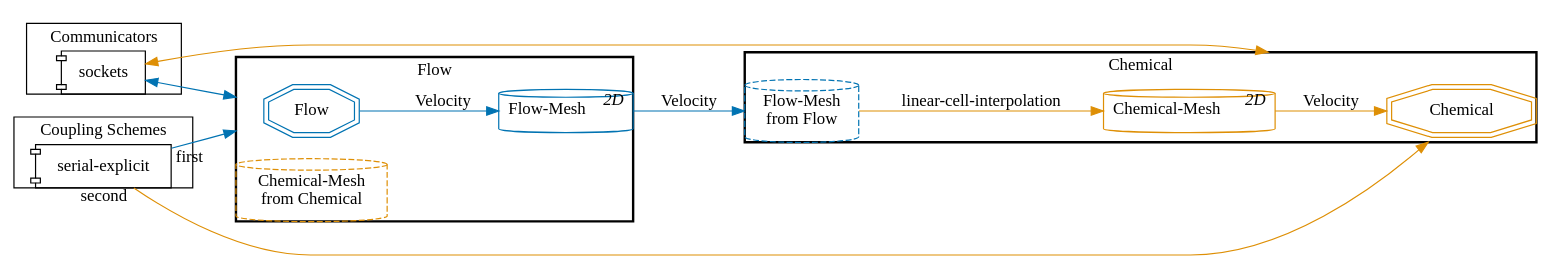
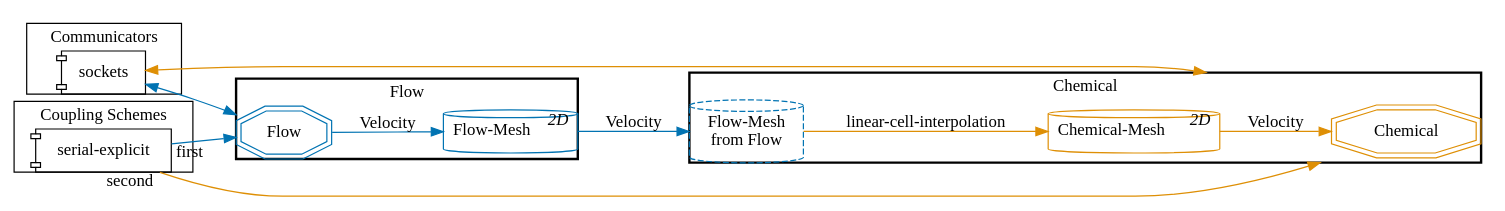
The diagram in channel-transport-reaction/images/tutorials-channel-transport-reaction-precice-config.dot (precice/tutorials), drawn with Graphviz before and after one commit. The commit also changed 2 other files, not shown here.

Commit message:
Remove unused mesh from channel-transport-reaction

```diff
--- a/channel-transport-reaction/images/tutorials-channel-transport-reaction-precice-config.dot
+++ b/channel-transport-reaction/images/tutorials-channel-transport-reaction-precice-config.dot
@@ -1,44 +1,42 @@
 digraph G {
 compound=True;
 layout=dot;
 margin=0;
 overlap=scale;
 rankdir=LR;
 splines=true;
 subgraph cluster_m2n {
 label="Communicators";
 "m2n-Flow-Chemical" [label="sockets", shape=component];
 }
 
 subgraph cluster_cpl {
 label="Coupling Schemes";
 "cpl-Flow-Chemical" [label="serial-explicit", shape=component];
 }
 
 subgraph cluster_Flow {
 label="Flow";
 style=bold;
 "Flow" [color="#0173B2", shape=doubleoctagon];
 "Flow-Flow-Mesh" [color="#0173B2", label=<Flow-Mesh<SUP><I>2D</I></SUP>>, shape=cylinder];
-"Flow-Chemical-Mesh" [color="#DE8F05", label="Chemical-Mesh
-from Chemical", shape=cylinder, style=dashed];
 "Flow" -> "Flow-Flow-Mesh"  [color="#0173B2", label="Velocity", tooltip=vector];
 }
 
 subgraph cluster_Chemical {
 label="Chemical";
 style=bold;
 "Chemical" [color="#DE8F05", shape=doubleoctagon];
 "Chemical-Chemical-Mesh" [color="#DE8F05", label=<Chemical-Mesh<SUP><I>2D</I></SUP>>, shape=cylinder];
 "Chemical-Flow-Mesh" [color="#0173B2", label="Flow-Mesh
 from Flow", shape=cylinder, style=dashed];
 "Chemical-Chemical-Mesh" -> "Chemical"  [color="#DE8F05", label="Velocity", tooltip=vector];
 "Chemical-Flow-Mesh" -> "Chemical-Chemical-Mesh"  [color="#DE8F05", label="linear-cell-interpolation"];
 }
 
 "m2n-Flow-Chemical" -> "Flow"  [color="#0173B2", dir=both, lhead=cluster_Flow];
 "m2n-Flow-Chemical" -> "Chemical"  [color="#DE8F05", dir=both, lhead=cluster_Chemical];
 "cpl-Flow-Chemical" -> "Flow"  [color="#0173B2", lhead=cluster_Flow, taillabel="first"];
 "cpl-Flow-Chemical" -> "Chemical"  [color="#DE8F05", lhead=cluster_Chemical, taillabel="second"];
 "Flow-Flow-Mesh" -> "Chemical-Flow-Mesh"  [color="#0173B2", label="Velocity", style="", tooltip=vector];
 }
```
